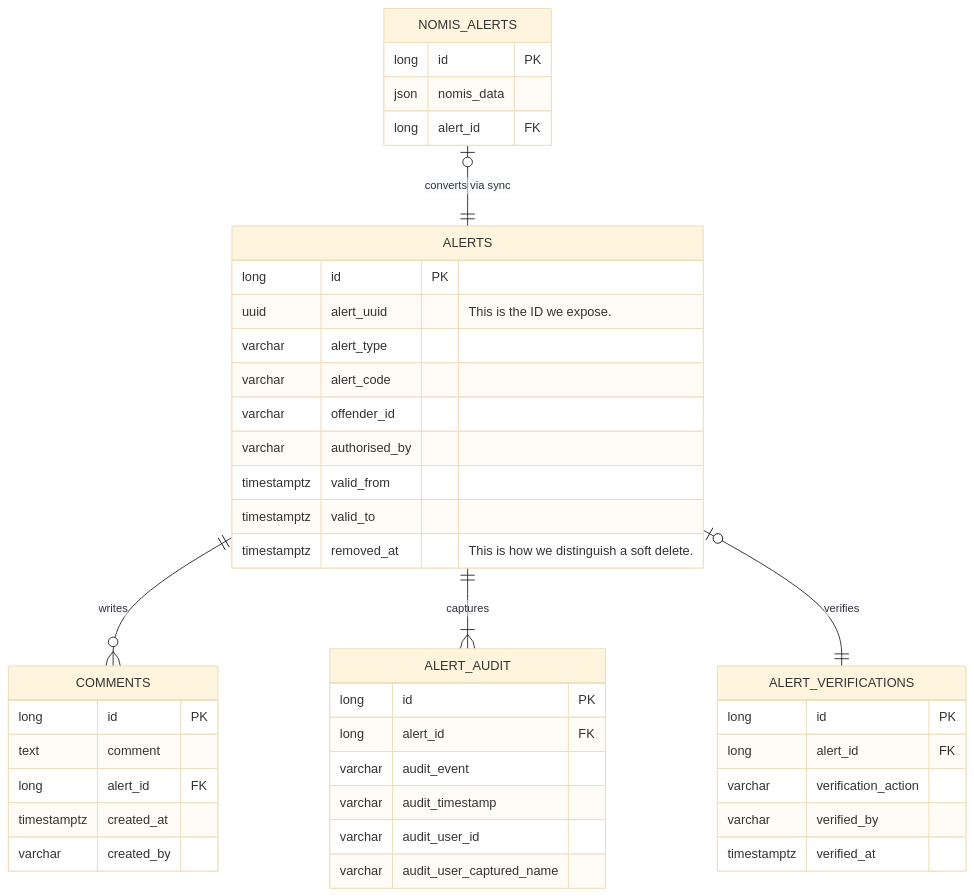
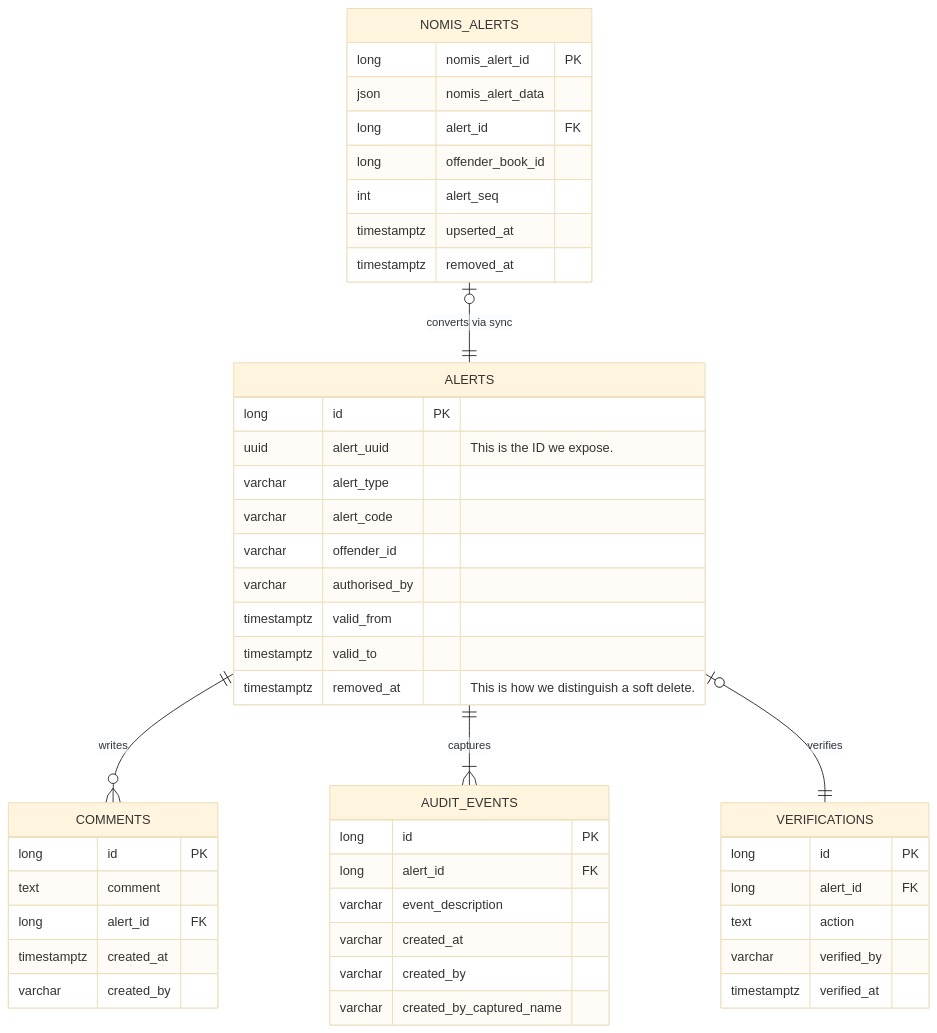
The diagram in datamodel.mermaid (ministryofjustice/hmpps-alerts-api), drawn with Mermaid (base theme) before and after one commit. The commit also changed 14 other files, not shown here.

```diff
--- a/datamodel.mermaid
+++ b/datamodel.mermaid
@@ -1,44 +1,49 @@
 erDiagram
     ALERTS one to zero or more COMMENTS : writes
-    ALERTS one to one or more ALERT_AUDIT : captures
-    ALERTS zero or one to one ALERT_VERIFICATIONS : verifies
+    ALERTS one to one or more AUDIT_EVENTS : captures
+    ALERTS zero or one to one VERIFICATIONS : verifies
     NOMIS_ALERTS zero or one to one ALERTS : "converts via sync"
 ALERTS {
     long id PK
     uuid alert_uuid "This is the ID we expose."
     varchar alert_type
     varchar alert_code
     varchar offender_id
     varchar authorised_by
     timestamptz valid_from
     timestamptz valid_to
     timestamptz removed_at "This is how we distinguish a soft delete."
 }
-ALERT_VERIFICATIONS {
+VERIFICATIONS {
     long id PK
     long alert_id FK
-    varchar verification_action
+    text action
     varchar verified_by
     timestamptz verified_at
 }
-ALERT_AUDIT {
+AUDIT_EVENTS {
     long id PK
     long alert_id FK
-    varchar audit_event
-    varchar audit_timestamp
-    varchar audit_user_id
-    varchar audit_user_captured_name
+    varchar event_description
+    varchar created_at
+    varchar created_by
+    varchar created_by_captured_name
 }
 COMMENTS {
     long id PK
     text comment
     long alert_id FK
     timestamptz created_at
     varchar created_by
 }
 
 NOMIS_ALERTS {
-    long id PK
-    json nomis_data
+    long nomis_alert_id PK
+    json nomis_alert_data
     long alert_id FK
+    long offender_book_id
+    int alert_seq
+    timestamptz upserted_at
+    timestamptz removed_at
+
 }
```
